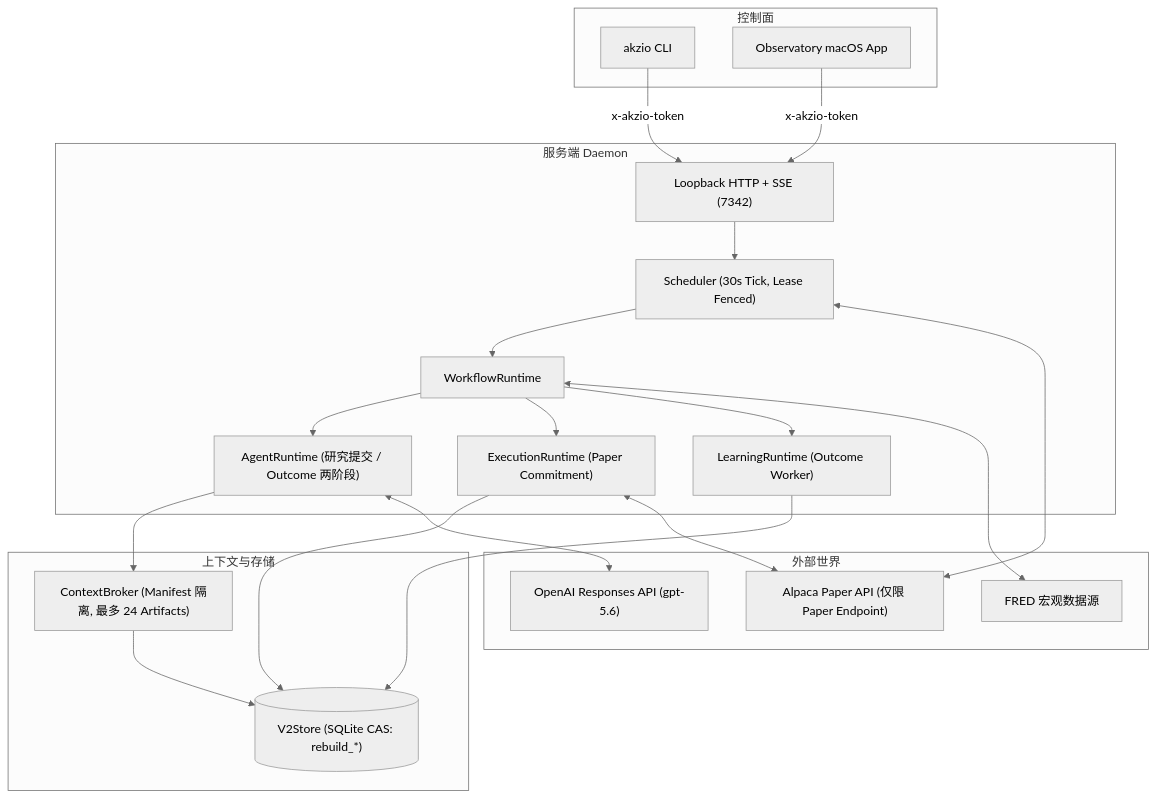
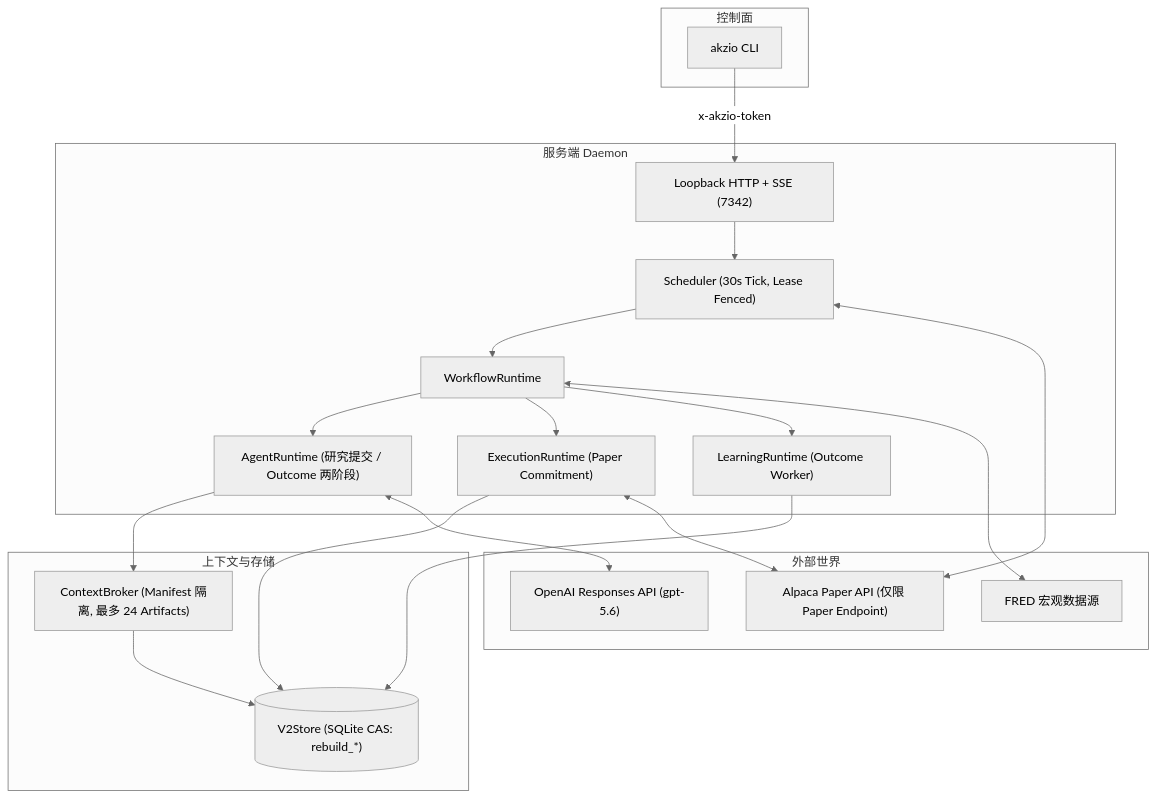
The diagram in README.md (alixeu/akzio-signal-intelligence), drawn with Mermaid (neutral theme) before and after one commit. The commit also changed other lines of this file and 522 other files, not shown here.

````diff
--- a/README.md
+++ b/README.md
@@ -62,43 +61,41 @@
 ```mermaid
 flowchart TD
     subgraph 控制面
         CLI["akzio CLI"]
-        App["Observatory macOS App"]
     end
 
     subgraph 服务端 Daemon
         API["Loopback HTTP + SSE (7342)"]
         Sch["Scheduler (30s Tick, Lease Fenced)"]
         WR["WorkflowRuntime"]
         AR["AgentRuntime (研究提交 / Outcome 两阶段)"]
         XR["ExecutionRuntime (Paper Commitment)"]
         LR["LearningRuntime (Outcome Worker)"]
     end
 
     subgraph 上下文与存储
         CB["ContextBroker (Manifest 隔离, 最多 24 Artifacts)"]
         Store[("V2Store (SQLite CAS: rebuild_*)")]
     end
 
     subgraph 外部世界
         OpenAI["OpenAI Responses API (gpt-5.6)"]
         Alpaca["Alpaca Paper API (仅限 Paper Endpoint)"]
         FRED["FRED 宏观数据源"]
     end
 
     CLI -->|x-akzio-token| API
-    App -->|x-akzio-token| API
     API --> Sch
     Sch --> WR
     WR --> AR
     WR --> XR
     WR --> LR
     AR --> CB
     CB --> Store
     XR --> Store
     LR --> Store
     AR <--> OpenAI
     XR <--> Alpaca
     Sch <--> Alpaca
     WR <--> FRED
 ```
````
